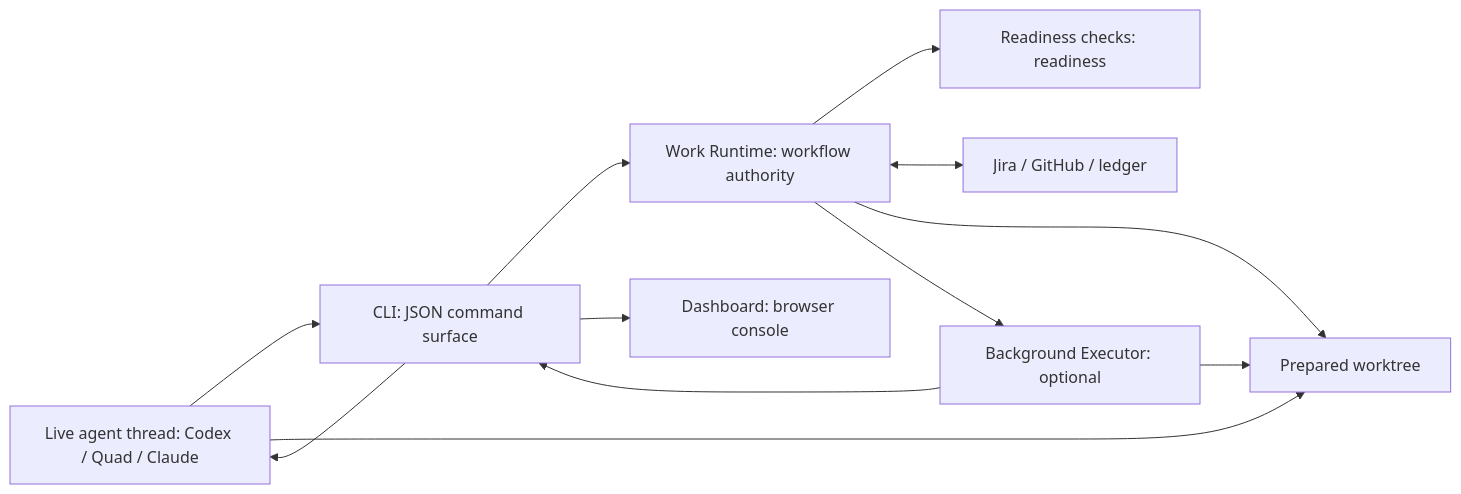
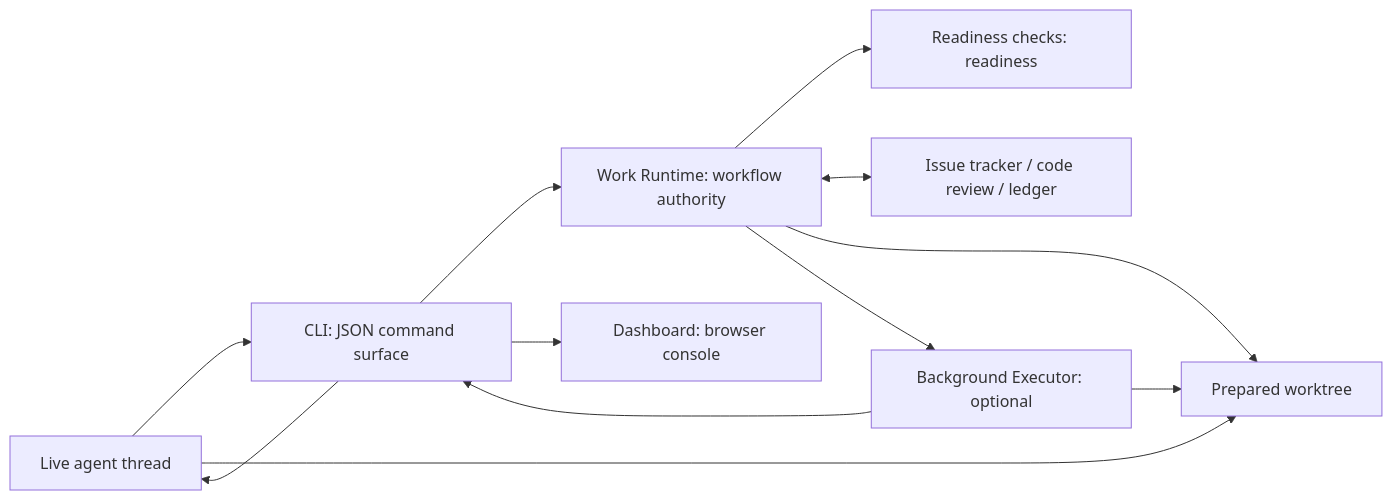
One commit to clowrance-proppilot/flow changed the diagram in docs/runtime-and-dashboard.md. Above: the diagram before and after it, drawn with Mermaid. The commit also changed other lines of this file and 28 other files, not shown here.

First line of the commit message:
Prepare Flow for public cross-platform use (#4)

````diff
--- a/docs/runtime-and-dashboard.md
+++ b/docs/runtime-and-dashboard.md
@@ -42,22 +43,22 @@
 ```mermaid
 flowchart LR
-  Live["Live agent thread: Codex / Quad / Claude"]
+  Live["Live agent thread"]
   CLI["CLI: JSON command surface"]
   Coord["Work Runtime: workflow authority"]
   Gate["Readiness checks: readiness"]
   Executor["Background Executor: optional"]
-  Systems["Jira / GitHub / ledger"]
+  Systems["Issue tracker / code review / ledger"]
   Tree["Prepared worktree"]
 
   Live --> CLI
   CLI --> Coord
   Coord --> Gate
   Coord <--> Systems
   Coord --> Tree
   Coord --> Executor
   CLI --> Live
   Live --> Tree
   Executor --> Tree
   Executor --> CLI
   CLI --> Dashboard["Dashboard: browser console"]
 ```
````
